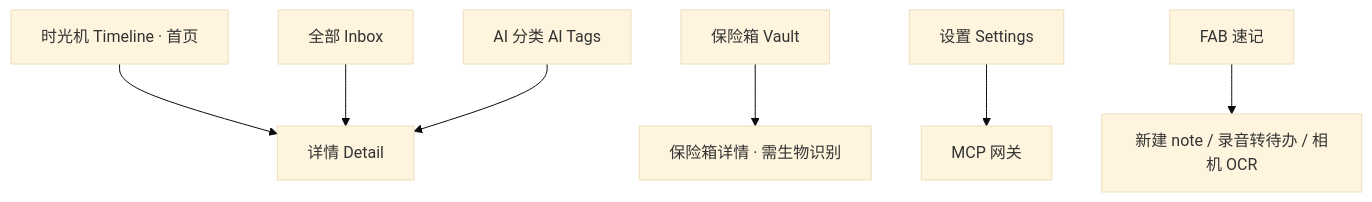
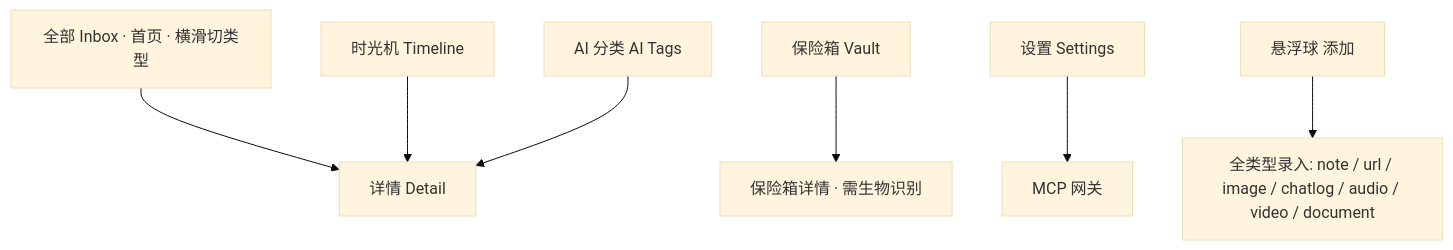
Before and after one commit to loveheng/goodshare: the diagram in docs/design/ui-spec.md, drawn with Mermaid (base theme). The commit also changed other lines of this file and 75 other files, not shown here.

````diff
--- a/docs/design/ui-spec.md
+++ b/docs/design/ui-spec.md
@@ -40,9 +42,9 @@
 ```mermaid
 graph TD
-    A[时光机 Timeline · 首页] --> D[详情 Detail]
-    B[全部 Inbox] --> D
+    B[全部 Inbox · 首页 · 横滑切类型] --> D[详情 Detail]
+    A[时光机 Timeline] --> D
     K[AI 分类 AI Tags] --> D
     C[保险箱 Vault] --> V[保险箱详情 · 需生物识别]
     S[设置 Settings] --> M[MCP 网关]
-    F[FAB 速记] --> N[新建 note / 录音转待办 / 相机 OCR]
+    F[悬浮球 添加] --> N[全类型录入: note / url / image / chatlog / audio / video / document]
 ```
````
